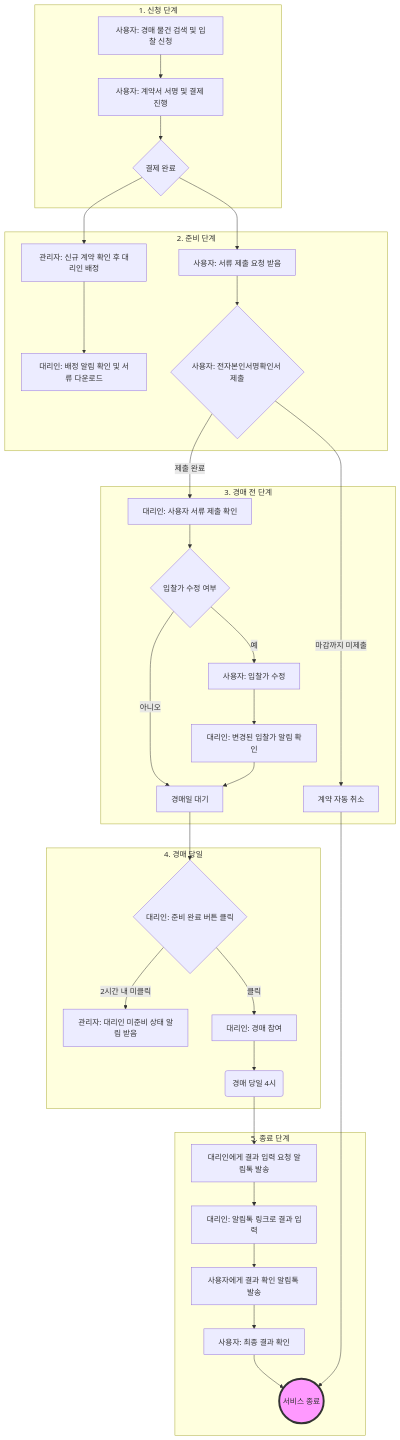
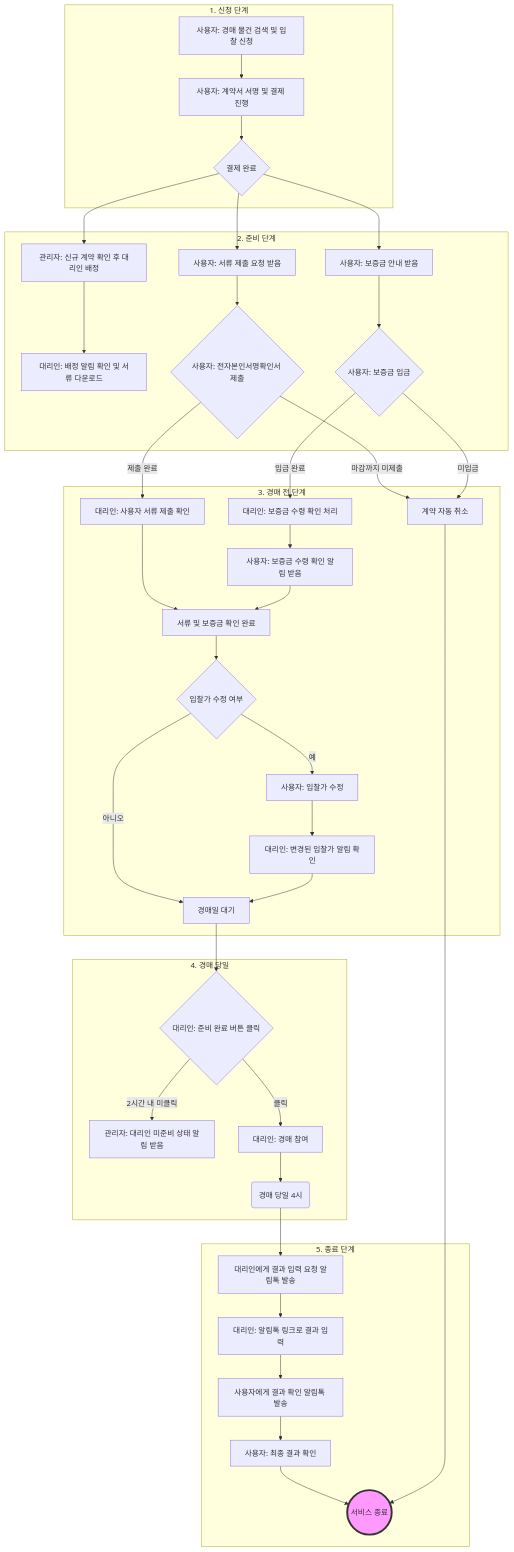
Before and after one commit to todhm/service-collections: the diagram in service_flowchart.mermaid, drawn with Mermaid. The commit also changed 1 other file, not shown here.

Commit message:
feat: 플로우차트수정

```diff
--- a/service_flowchart.mermaid
+++ b/service_flowchart.mermaid
@@ -1,40 +1,47 @@
 graph TD
     subgraph "1. 신청 단계"
         A[사용자: 경매 물건 검색 및 입찰 신청] --> B[사용자: 계약서 서명 및 결제 진행];
         B --> C{결제 완료};
     end
 
     subgraph "2. 준비 단계"
         C --> D[관리자: 신규 계약 확인 후 대리인 배정];
         C --> E[사용자: 서류 제출 요청 받음];
+        C --> E1[사용자: 보증금 안내 받음];
         D --> F[대리인: 배정 알림 확인 및 서류 다운로드];
         E --> G{사용자: 전자본인서명확인서 제출};
+        E1 --> G1{사용자: 보증금 입금};
     end
 
     subgraph "3. 경매 전 단계"
         G -- 제출 완료 --> H[대리인: 사용자 서류 제출 확인];
         G -- 마감까지 미제출 --> I[계약 자동 취소];
-        H --> J{입찰가 수정 여부};
+        G1 -- 입금 완료 --> H1[대리인: 보증금 수령 확인 처리];
+        G1 -- 미입금 --> I;
+        H1 --> H2[사용자: 보증금 수령 확인 알림 받음];
+        H --> H3[서류 및 보증금 확인 완료];
+        H2 --> H3;
+        H3 --> J{입찰가 수정 여부};
         J -- 예 --> K[사용자: 입찰가 수정];
         K --> L[대리인: 변경된 입찰가 알림 확인];
         J -- 아니오 --> M[경매일 대기];
         L --> M;
     end
 
     subgraph "4. 경매 당일"
         M --> N{대리인: 준비 완료 버튼 클릭};
         N -- 2시간 내 미클릭 --> O[관리자: 대리인 미준비 상태 알림 받음];
         N -- 클릭 --> P[대리인: 경매 참여];
         P --> Q(경매 당일 4시);
     end
 
     subgraph "5. 종료 단계"
         Q --> R[대리인에게 결과 입력 요청 알림톡 발송];
         R --> S[대리인: 알림톡 링크로 결과 입력];
         S --> T[사용자에게 결과 확인 알림톡 발송];
         T --> U[사용자: 최종 결과 확인];
         U --> V((서비스 종료));
         I --> V;
     end
 
     style V fill:#f9f,stroke:#333,stroke-width:4px
```
